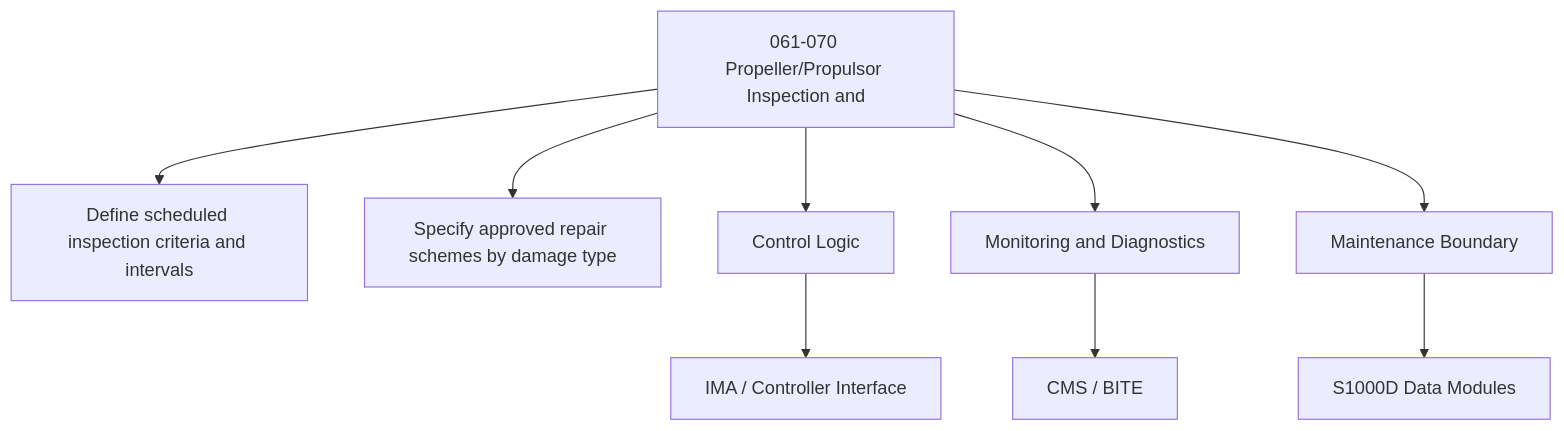
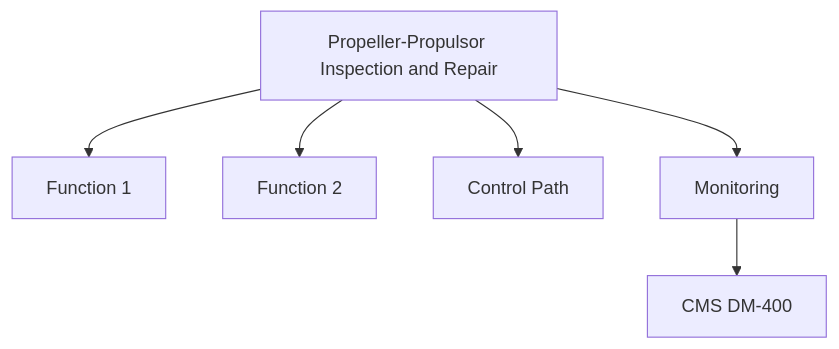
Before and after one commit to AmedeoPelliccia/Qplus-For-All-Queer-People-and-Quantum: the second of 2 diagrams in Q+ATLANTIDE/000-099_ATLAS/060-069_Propulsion-Tradicional/061_Propellers-and-Propulsors/061-070-Propeller-Propulsor-Inspection-and-Repair.md, drawn with Mermaid. The commit also changed other lines of this file and 74 other files, not shown here.

````diff
--- a/Q+ATLANTIDE/000-099_ATLAS/060-069_Propulsion-Tradicional/061_Propellers-and-Propulsors/061-070-Propeller-Propulsor-Inspection-and-Repair.md
+++ b/Q+ATLANTIDE/000-099_ATLAS/060-069_Propulsion-Tradicional/061_Propellers-and-Propulsors/061-070-Propeller-Propulsor-Inspection-and-Repair.md
@@ -172,11 +106,8 @@
 ```mermaid
 flowchart TB
-    SYS[061-070 Propeller/Propulsor Inspection and ] --> F1[Define scheduled inspection criteria and intervals]
-    SYS --> F2[Specify approved repair schemes by damage type]
-    SYS --> CTRL[Control Logic]
-    SYS --> MON[Monitoring and Diagnostics]
-    SYS --> MAINT[Maintenance Boundary]
-    CTRL --> IMA[IMA / Controller Interface]
-    MON --> CMS[CMS / BITE]
-    MAINT --> CSDB[S1000D Data Modules]
+    SYS[Propeller-Propulsor Inspection and Repair] --> F1[Function 1]
+    SYS --> F2[Function 2]
+    SYS --> CTRL[Control Path]
+    SYS --> MON[Monitoring]
+    MON --> CMS[CMS DM-400]
 ```
````
